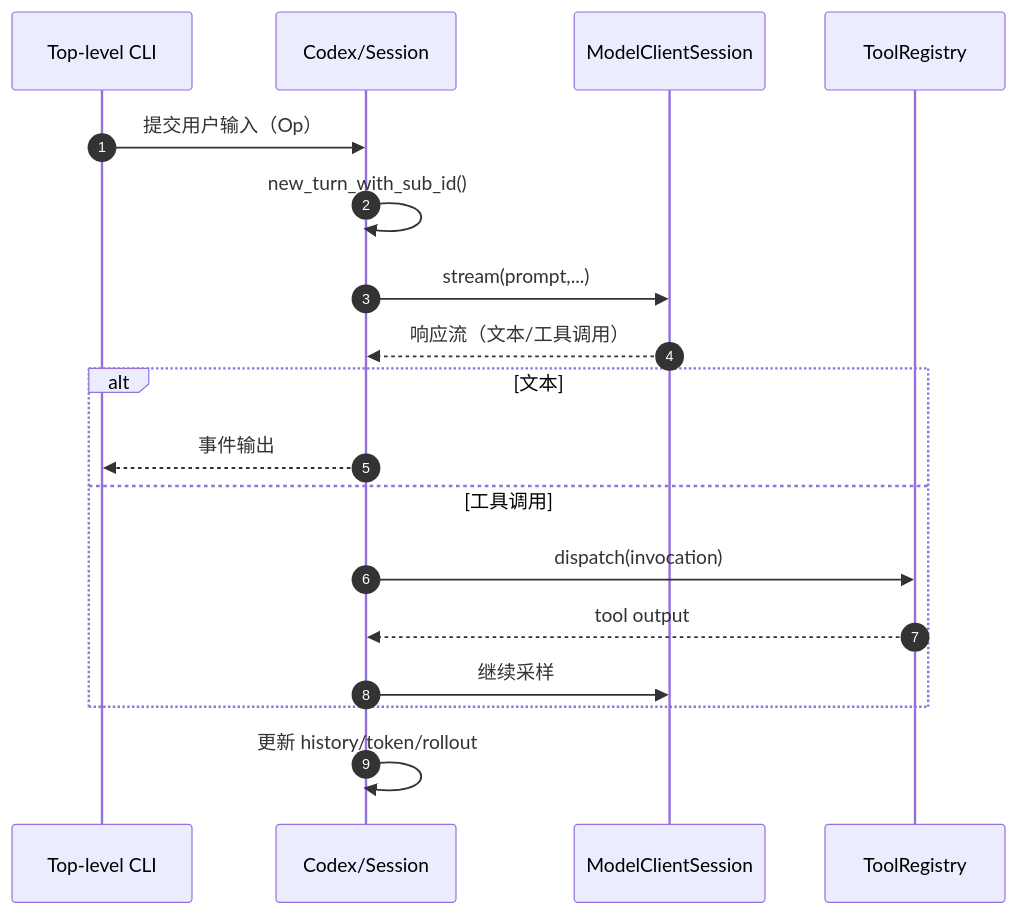
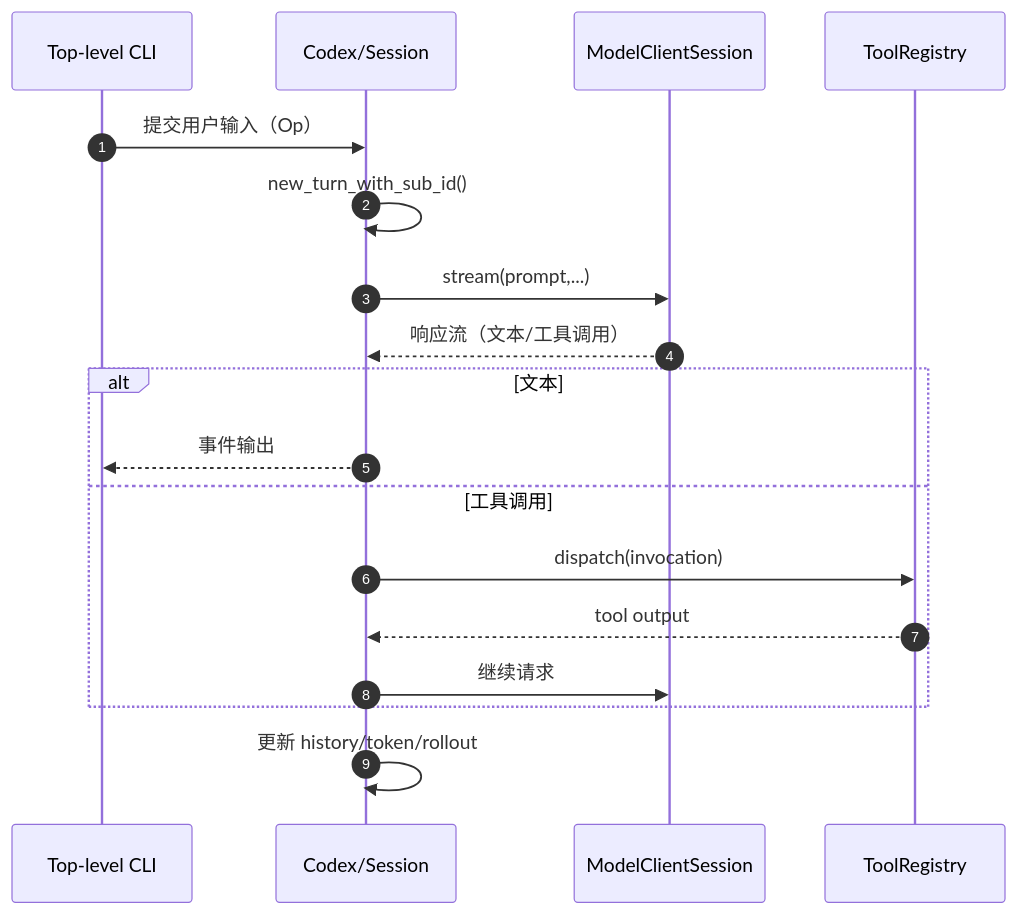
Before and after one commit to giraffe-tree/agent-base: the first of 3 diagrams in docs/codex/01-codex-overview.md, drawn with Mermaid. The commit also changed other lines of this file and 2 other files, not shown here.

Commit message:
docs(codex): replace "sampling" terminology with developer-friendly terms
Replace LLM-specific term "sampling" with more intuitive expressions:
- "turn 内多轮采样循环机制" → "turn 内多轮请求-响应迭代机制"
- "采样" → "模型请求" / "请求-响应"

This makes the Agent Loop documentation more accessible to developers
who may not be familiar with LLM internals terminology.

````diff
--- a/docs/codex/01-codex-overview.md
+++ b/docs/codex/01-codex-overview.md
@@ -93,23 +93,23 @@
 ```mermaid
 sequenceDiagram
     autonumber
     participant CLI as Top-level CLI
     participant Core as Codex/Session
     participant Model as ModelClientSession
     participant Tools as ToolRegistry
 
     CLI->>Core: 提交用户输入（Op）
     Core->>Core: new_turn_with_sub_id()
     Core->>Model: stream(prompt,...)
     Model-->>Core: 响应流（文本/工具调用）
 
     alt 文本
         Core-->>CLI: 事件输出
     else 工具调用
         Core->>Tools: dispatch(invocation)
         Tools-->>Core: tool output
-        Core->>Model: 继续采样
+        Core->>Model: 继续请求
     end
 
     Core->>Core: 更新 history/token/rollout
 ```
````
